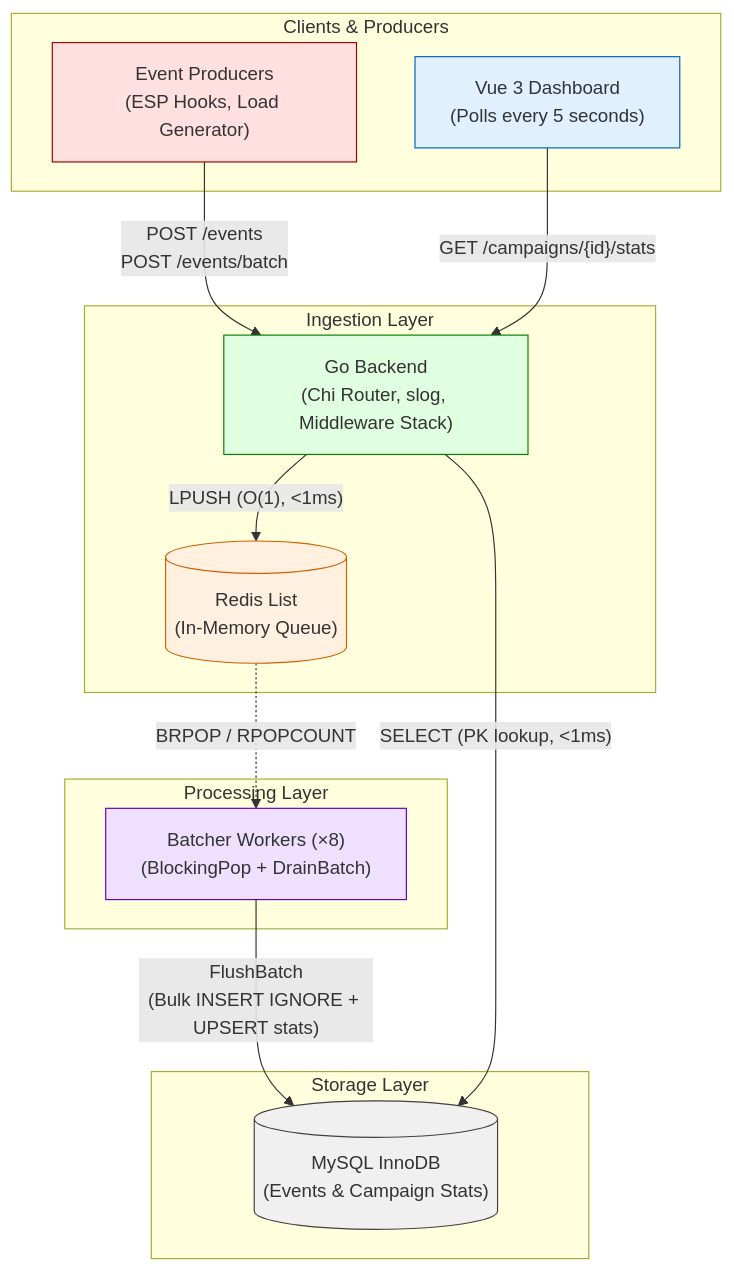
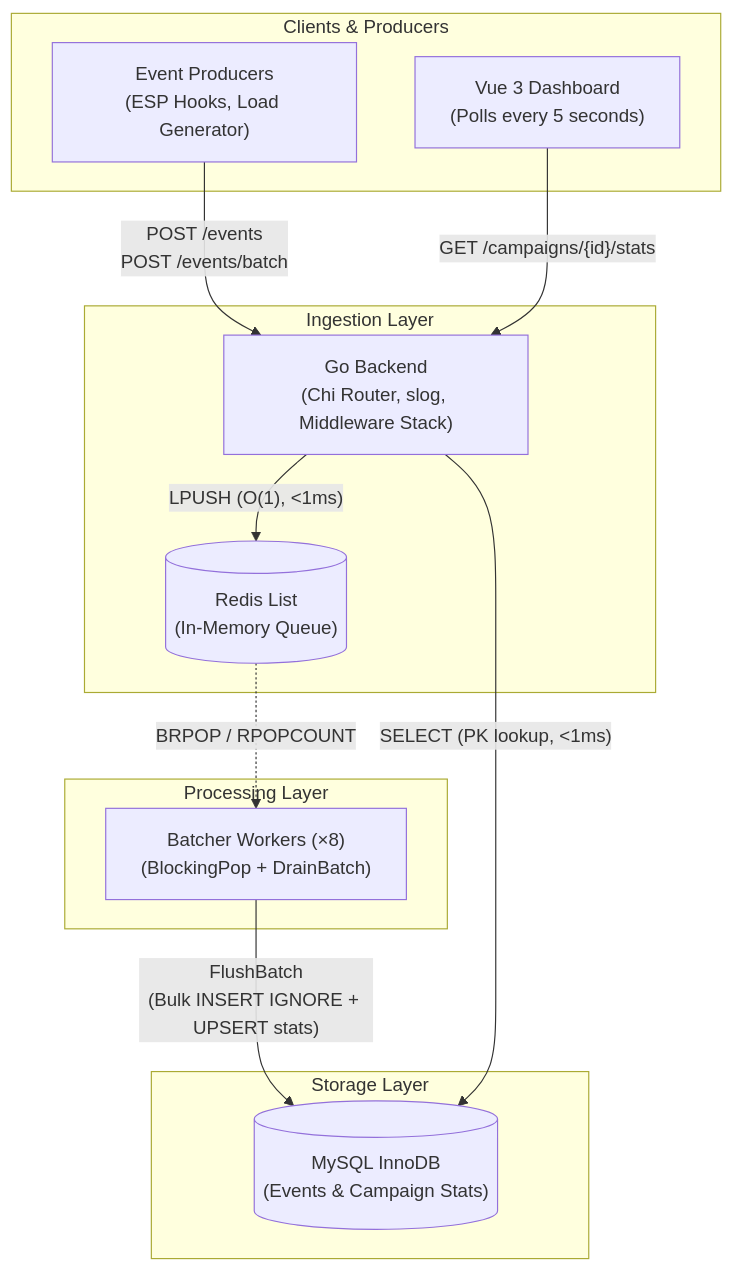
Before and after one commit to vimalprakash404/MailerCloud: the first of 2 diagrams in DESIGN.md, drawn with Mermaid.

Commit message:
feat: loadgen updated

````diff
--- a/DESIGN.md
+++ b/DESIGN.md
@@ -9,36 +9,28 @@
 ```mermaid
 flowchart TD
     subgraph Clients & Producers
         Producers["Event Producers<br>(ESP Hooks, Load Generator)"]
         Dashboard["Vue 3 Dashboard<br>(Polls every 5 seconds)"]
     end
 
     subgraph Ingestion Layer
         Backend["Go Backend<br>(Chi Router, slog, Middleware Stack)"]
         Queue[("Redis List<br>(In-Memory Queue)")]
     end
 
     subgraph Processing Layer
         Workers["Batcher Workers (×8)<br>(BlockingPop + DrainBatch)"]
     end
 
     subgraph Storage Layer
         MySQL[("MySQL InnoDB<br>(Events & Campaign Stats)")]
     end
 
     %% Flow lines
     Producers -->|"POST /events<br>POST /events/batch"| Backend
     Dashboard -->|"GET /campaigns/{id}/stats"| Backend
     Backend -->|"LPUSH (O(1), <1ms)"| Queue
     Queue -.->|"BRPOP / RPOPCOUNT"| Workers
     Workers -->|"FlushBatch<br>(Bulk INSERT IGNORE + UPSERT stats)"| MySQL
     Backend -->|"SELECT (PK lookup, <1ms)"| MySQL
-
-    %% Styling
-    style Producers fill:#FFE0E0,stroke:#A00000,stroke-width:1px
-    style Dashboard fill:#E0F0FF,stroke:#0060C0,stroke-width:1px
-    style Backend fill:#E0FFE0,stroke:#008000,stroke-width:1px
-    style Queue fill:#FFF0E0,stroke:#D06000,stroke-width:1px
-    style Workers fill:#F0E0FF,stroke:#6000C0,stroke-width:1px
-    style MySQL fill:#F0F0F0,stroke:#404040,stroke-width:1px
 ```
````
